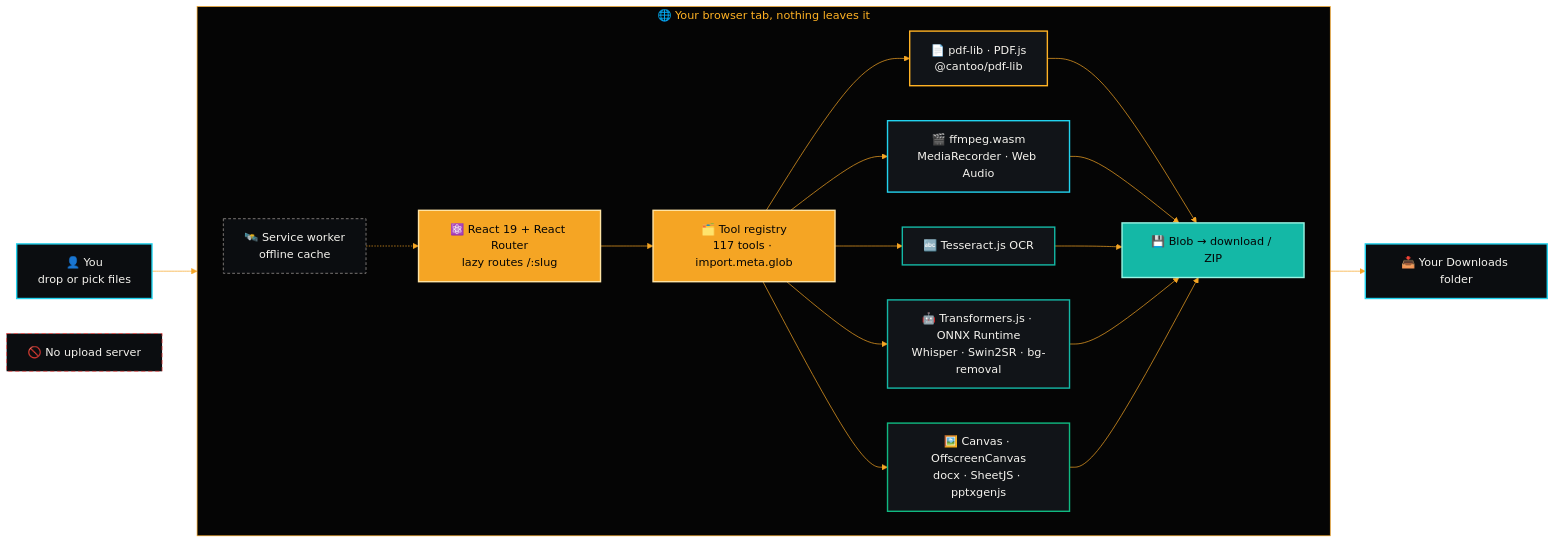
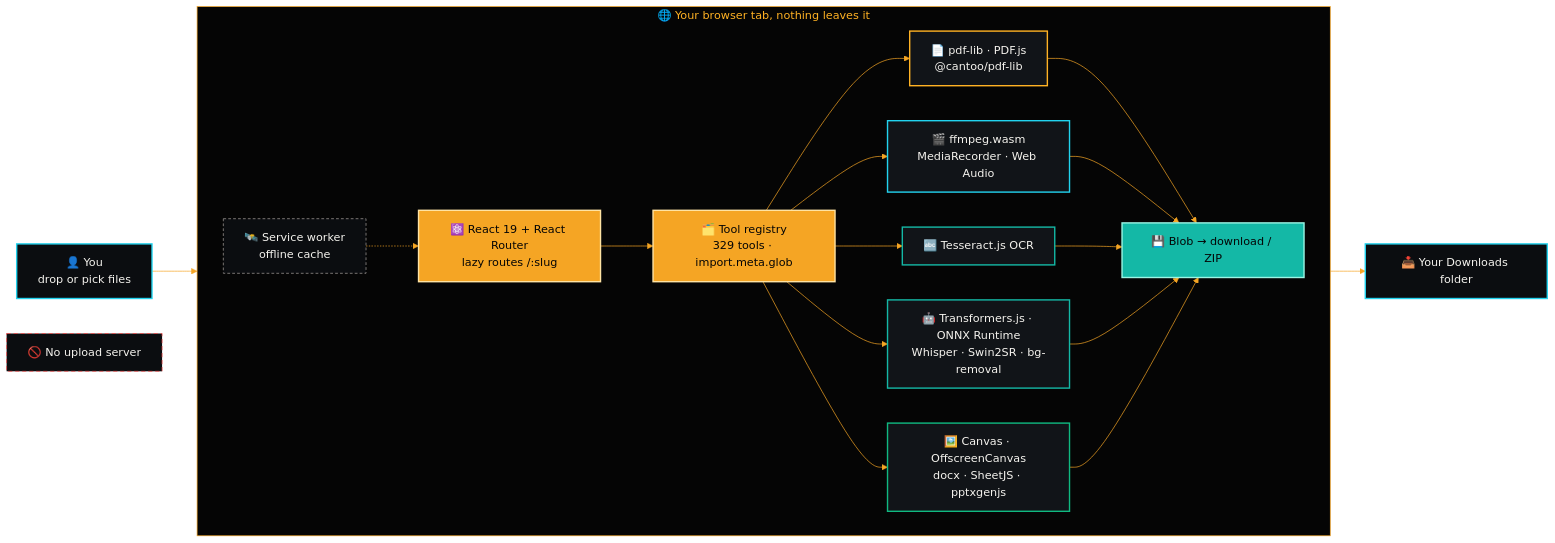
Before and after one commit to aniruddhaadak80/OpenFile: the fourth of 8 diagrams in README.md, drawn with Mermaid. The commit also changed other lines of this file and 11 other files, not shown here.

````diff
--- a/README.md
+++ b/README.md
@@ -513,31 +907,31 @@
 ```mermaid
 %%{init: {'theme':'base','themeVariables':{'fontFamily':'system-ui, sans-serif','lineColor':'#F5A524','primaryTextColor':'#F5F3EE','clusterBkg':'#050505','clusterBorder':'#F5A524','titleColor':'#FFB224'}}}%%
 flowchart LR
     U["👤 You<br/>drop or pick files"]:::user --> BR
     subgraph BR["🌐 Your browser tab, nothing leaves it"]
         direction LR
-        RR["⚛️ React 19 + React Router<br/>lazy routes /:slug"]:::ui --> REG["🗂️ Tool registry<br/>117 tools · import.meta.glob"]:::ui
+        RR["⚛️ React 19 + React Router<br/>lazy routes /:slug"]:::ui --> REG["🗂️ Tool registry<br/>329 tools · import.meta.glob"]:::ui
         REG --> E1["📄 pdf-lib · PDF.js<br/>@cantoo/pdf-lib"]:::pdf
         REG --> E2["🎬 ffmpeg.wasm<br/>MediaRecorder · Web Audio"]:::media
         REG --> E3["🔤 Tesseract.js OCR"]:::ai
         REG --> E4["🤖 Transformers.js · ONNX Runtime<br/>Whisper · Swin2SR · bg-removal"]:::ai
         REG --> E5["🖼️ Canvas · OffscreenCanvas<br/>docx · SheetJS · pptxgenjs"]:::img
         E1 --> OUT["💾 Blob → download / ZIP"]:::out
         E2 --> OUT
         E3 --> OUT
         E4 --> OUT
         E5 --> OUT
         SW["🛰️ Service worker<br/>offline cache"]:::sw -.-> RR
     end
     OUT --> D["📥 Your Downloads folder"]:::user
     NS["🚫 No upload server"]:::none
     classDef user fill:#0B0D10,stroke:#22D3EE,color:#F5F3EE,stroke-width:2px
     classDef ui fill:#F5A524,stroke:#FFE3A3,color:#050505,stroke-width:2px
     classDef pdf fill:#111418,stroke:#FFB224,color:#F5F3EE,stroke-width:2px
     classDef media fill:#111418,stroke:#22D3EE,color:#F5F3EE,stroke-width:2px
     classDef ai fill:#111418,stroke:#14B8A6,color:#F5F3EE,stroke-width:2px
     classDef img fill:#111418,stroke:#10B981,color:#F5F3EE,stroke-width:2px
     classDef out fill:#14B8A6,stroke:#99F6E4,color:#050505,stroke-width:2px
     classDef sw fill:#0B0D10,stroke:#A8A29E,color:#F5F3EE,stroke-dasharray:4 3
     classDef none fill:#0B0D10,stroke:#EF4444,color:#F5F3EE,stroke-dasharray:6 4
 ```
````
